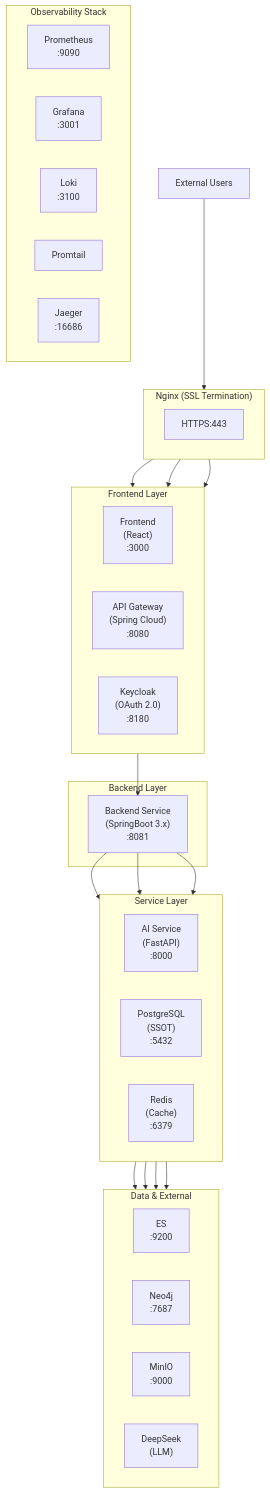
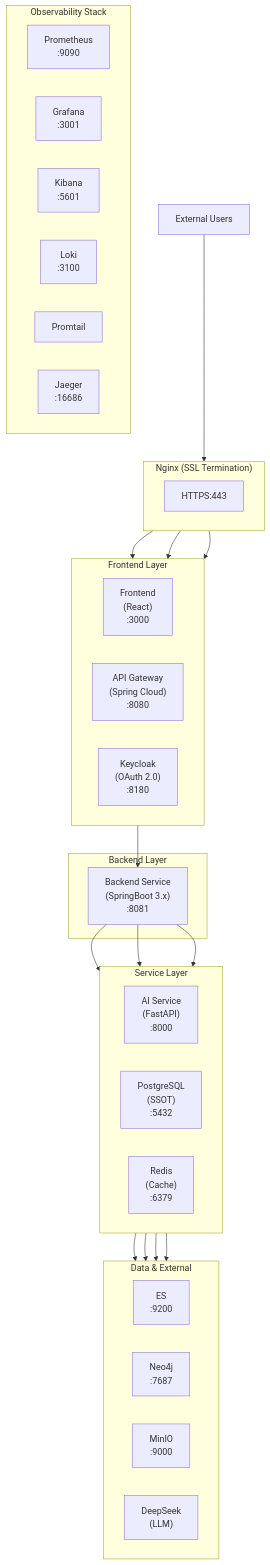
The second of 8 diagrams in docs/01_프로젝트_수행_계획서.md (k82022603/hybrid-rag-knowledge-ops), drawn with Mermaid before and after one commit. The commit also changed other lines of this file and 6 other files, not shown here.

````diff
--- a/docs/01_프로젝트_수행_계획서.md
+++ b/docs/01_프로젝트_수행_계획서.md
@@ -167,56 +167,57 @@
 ```mermaid
 flowchart TB
     Users["External Users"]
 
     subgraph Nginx["Nginx (SSL Termination)"]
         SSL["HTTPS:443"]
     end
 
     subgraph FrontendLayer["Frontend Layer"]
         direction LR
         Frontend["Frontend<br/>(React)<br/>:3000"]
         Gateway["API Gateway<br/>(Spring Cloud)<br/>:8080"]
         Keycloak["Keycloak<br/>(OAuth 2.0)<br/>:8180"]
     end
 
     subgraph BackendLayer["Backend Layer"]
         Backend["Backend Service<br/>(SpringBoot 3.x)<br/>:8081"]
     end
 
     subgraph ServiceLayer["Service Layer"]
         direction LR
         AI["AI Service<br/>(FastAPI)<br/>:8000"]
         PG["PostgreSQL<br/>(SSOT)<br/>:5432"]
         Redis["Redis<br/>(Cache)<br/>:6379"]
     end
 
     subgraph DataLayer["Data & External"]
         direction LR
         ES["ES<br/>:9200"]
         Neo4j["Neo4j<br/>:7687"]
         MinIO["MinIO<br/>:9000"]
         DeepSeek["DeepSeek<br/>(LLM)"]
     end
 
     subgraph Observability["Observability Stack"]
         direction LR
         Prometheus["Prometheus<br/>:9090"]
         Grafana["Grafana<br/>:3001"]
+        Kibana["Kibana<br/>:5601"]
         Loki["Loki<br/>:3100"]
         Promtail["Promtail"]
         Jaeger["Jaeger<br/>:16686"]
     end
 
     Users --> Nginx
     Nginx --> Frontend
     Nginx --> Gateway
     Nginx --> Keycloak
     Gateway --> Backend
     Backend --> AI
     Backend --> PG
     Backend --> Redis
     AI --> ES
     AI --> Neo4j
     AI --> MinIO
     AI --> DeepSeek
 ```
````
